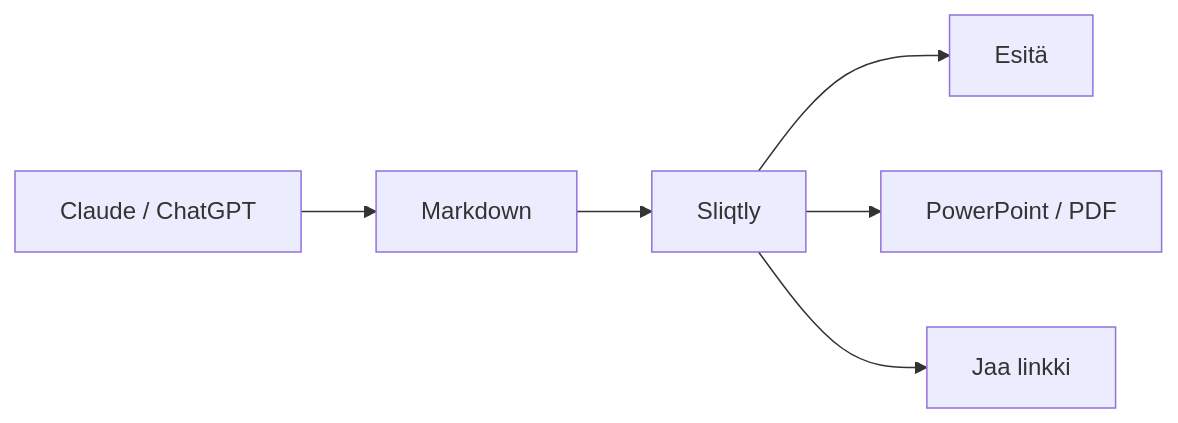
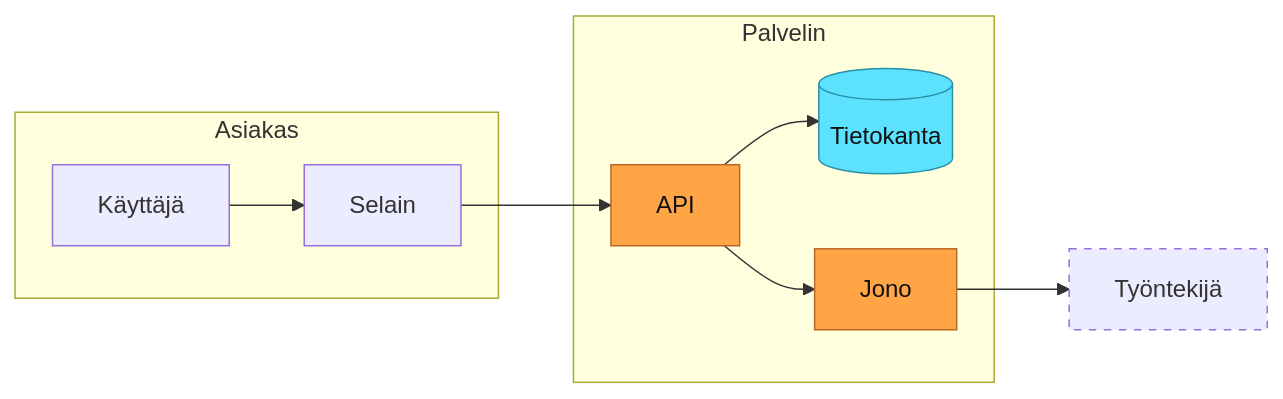
Before and after one commit to terotests/Sliqtly: the second of 3 diagrams in samples/welcome.md, drawn with Mermaid. The commit also changed other lines of this file and 8 other files, not shown here.

````diff
--- a/samples/welcome.md
+++ b/samples/welcome.md
@@ -142,8 +41,17 @@
 ```mermaid
 flowchart LR
-  M[Markdown] --> S[Sliqtly]
-  S --> P[Esitä]
-  S --> X[PowerPoint / PDF]
-  S --> L[Jaa linkki]
-  A[Claude / ChatGPT] --> M
+  subgraph Asiakas
+    U[Käyttäjä] --> W[Selain]
+  end
+  subgraph Palvelin
+    A[API] --> D[(Tietokanta)]
+    A --> Q[Jono]
+  end
+  W --> A
+  Q --> X[Työntekijä]
+  classDef kuuma fill:#ffa546,stroke:#b96926,color:#111
+  classDef viilea fill:#5ce1ff,stroke:#2b8fa8,color:#111
+  class A,Q kuuma
+  class D viilea
+  style X stroke-dasharray: 5 5
 ```
````
